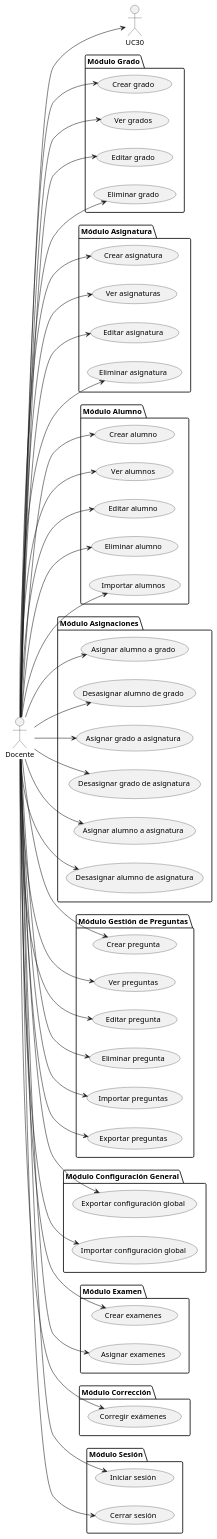
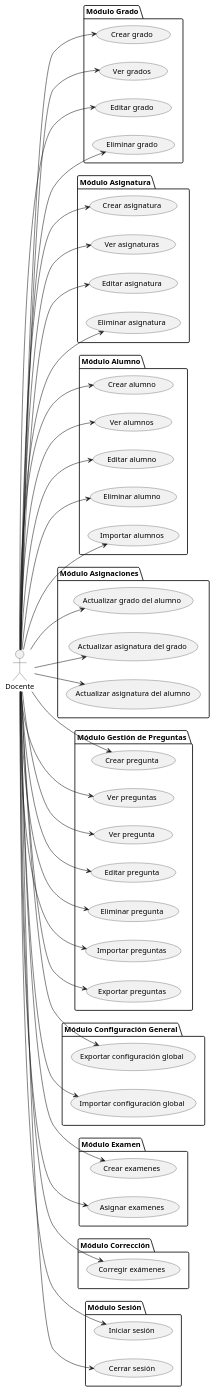
One commit to martinlopez7/25-26-IdSw1-SdR changed the diagram in documents/casos-de-uso/encontrarActoresYCasosDeUso/actoresYCasosDeUso-docente.puml. Above: the diagram before and after it, drawn with PlantUML. The commit also changed 1 other file, not shown here.

```diff
--- a/documents/casos-de-uso/encontrarActoresYCasosDeUso/actoresYCasosDeUso-docente.puml
+++ b/documents/casos-de-uso/encontrarActoresYCasosDeUso/actoresYCasosDeUso-docente.puml
@@ -1,102 +1,96 @@
 @startuml actoresYCasosDeUso-docente
 
 left to right direction
 
 actor "Docente" as doc
 
 package "Módulo Grado" {
   usecase "Crear grado" as UC1
   usecase "Ver grados" as UC2
   usecase "Editar grado" as UC3
   usecase "Eliminar grado" as UC4
 }
 
 package "Módulo Asignatura" {
   usecase "Crear asignatura" as UC5
   usecase "Ver asignaturas" as UC6
   usecase "Editar asignatura" as UC7
   usecase "Eliminar asignatura" as UC8
 }
 
 package "Módulo Alumno" {
   usecase "Crear alumno" as UC9
   usecase "Ver alumnos" as UC10
   usecase "Editar alumno" as UC11
   usecase "Eliminar alumno" as UC12
    usecase "Importar alumnos" as UC19
 }
 
 package "Módulo Asignaciones" {
-  usecase "Asignar alumno a grado" as UC13
-  usecase "Desasignar alumno de grado" as UC14
-  usecase "Asignar grado a asignatura" as UC15
-  usecase "Desasignar grado de asignatura" as UC16
-  usecase "Asignar alumno a asignatura" as UC17
-  usecase "Desasignar alumno de asignatura" as UC18
- 
+  usecase "Actualizar grado del alumno" as UC13
+  usecase "Actualizar asignatura del grado" as UC15
+  usecase "Actualizar asignatura del alumno" as UC17
 }
 
 package "Módulo Gestión de Preguntas" {
   usecase "Crear pregunta" as UC20
   usecase "Ver preguntas" as UC21
+  usecase "Ver pregunta" as UC30
   usecase "Editar pregunta" as UC22
   usecase "Eliminar pregunta" as UC23
   usecase "Importar preguntas" as UC24
   usecase "Exportar preguntas" as UC25
 }
 
 package "Módulo Configuración General" {
   usecase "Exportar configuración global" as UC26
   usecase "Importar configuración global" as UC27
 }
 
 package "Módulo Examen" {
   usecase "Crear examenes" as UC28
   usecase "Asignar examenes" as UC29
  
 }
 
 package "Módulo Corrección" {
   usecase "Corregir exámenes" as UC31
 }
 
 package "Módulo Sesión" {
   usecase "Iniciar sesión" as UC41
   usecase "Cerrar sesión" as UC42
 }
 
 doc --> UC1
 doc --> UC2
 doc --> UC3
 doc --> UC4
 doc --> UC5
 doc --> UC6
 doc --> UC7
 doc --> UC8
 doc --> UC9
 doc --> UC10
 doc --> UC11
 doc --> UC12
 doc --> UC13
-doc --> UC14
 doc --> UC15
-doc --> UC16
 doc --> UC17
-doc --> UC18
 doc --> UC19
 doc --> UC20
 doc --> UC21
 doc --> UC22
 doc --> UC23
 doc --> UC24
 doc --> UC25
 doc --> UC26
 doc --> UC27
 doc --> UC28
 doc --> UC29
 doc --> UC30
 doc --> UC31
 doc --> UC41
 doc --> UC42
 
 @enduml
```
